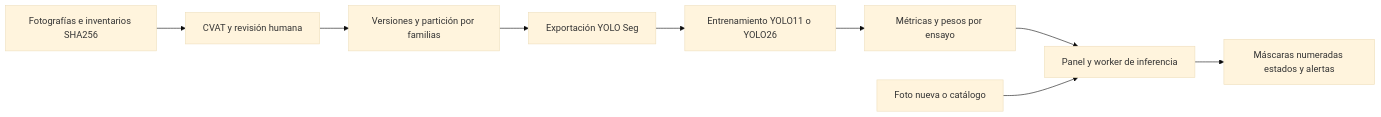
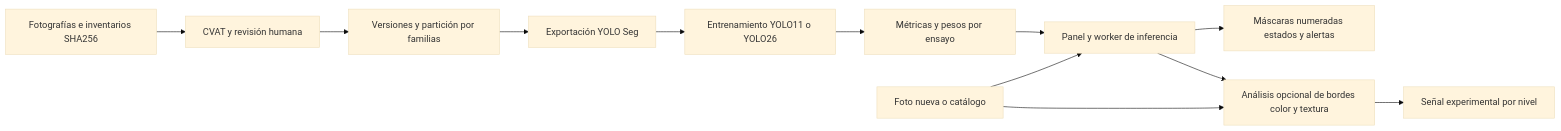
Before and after one commit to vcanio/Capstone2026: the diagram in README.md, drawn with Mermaid (base theme). The commit also changed other lines of this file and 2 other files, not shown here.

Commit message:
Documentar deteccion de bordes y release de Walmart Lite

````diff
--- a/README.md
+++ b/README.md
@@ -64,11 +82,14 @@
 ```mermaid
 flowchart LR
     A[Fotografías e inventarios SHA256] --> B[CVAT y revisión humana]
     B --> C[Versiones y partición por familias]
     C --> D[Exportación YOLO Seg]
     D --> E[Entrenamiento YOLO11 o YOLO26]
     E --> F[Métricas y pesos por ensayo]
     F --> G[Panel y worker de inferencia]
     H[Foto nueva o catálogo] --> G
     G --> I[Máscaras numeradas estados y alertas]
+    G --> J[Análisis opcional de bordes color y textura]
+    H --> J
+    J --> K[Señal experimental por nivel]
 ```
````
